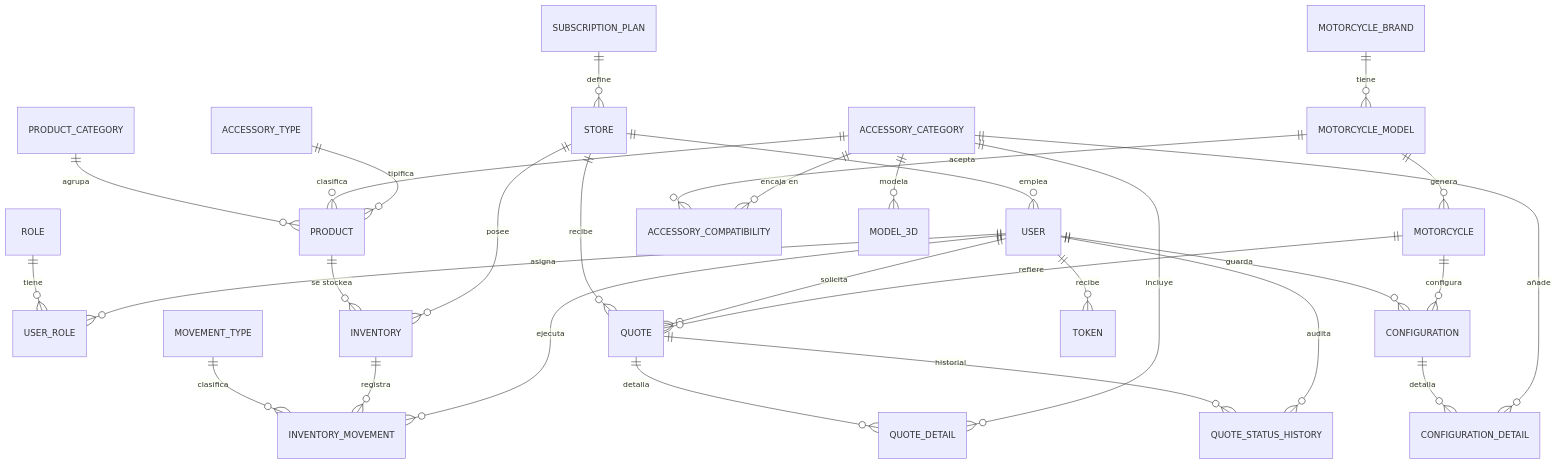
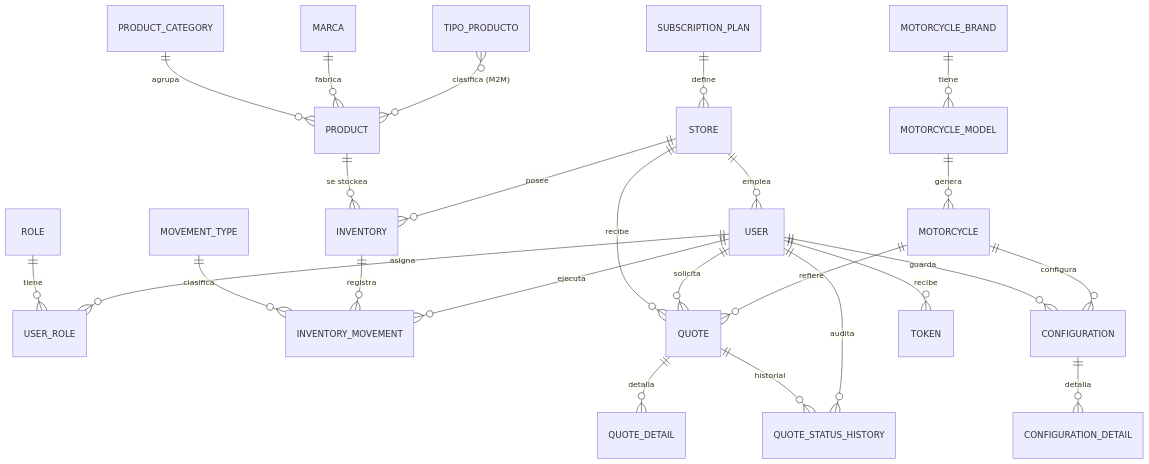
One commit to Alexhumme/motoPreview changed the diagram in documentacion/03-modelo-datos.md. Above: the diagram before and after it, drawn with Mermaid. The commit also changed other lines of this file and 8 other files, not shown here.

First line of the commit message:
feat: CRUDs admin (Marca, TipoProducto) + vista detalle con marca/tipos + docs actualizadas

````diff
--- a/documentacion/03-modelo-datos.md
+++ b/documentacion/03-modelo-datos.md
@@ -15,32 +15,27 @@
 ```mermaid
 erDiagram
     ROLE ||--o{ USER_ROLE : "tiene"
     USER ||--o{ USER_ROLE : "asigna"
     STORE ||--o{ USER : "emplea"
     SUBSCRIPTION_PLAN ||--o{ STORE : "define"
     PRODUCT_CATEGORY ||--o{ PRODUCT : "agrupa"
-    ACCESSORY_CATEGORY ||--o{ PRODUCT : "clasifica"
-    ACCESSORY_TYPE ||--o{ PRODUCT : "tipifica"
+    MARCA ||--o{ PRODUCT : "fabrica"
+    TIPO_PRODUCTO }o--o{ PRODUCT : "clasifica (M2M)"
     PRODUCT ||--o{ INVENTORY : "se stockea"
     STORE ||--o{ INVENTORY : "posee"
     MOTORCYCLE_BRAND ||--o{ MOTORCYCLE_MODEL : "tiene"
     MOTORCYCLE_MODEL ||--o{ MOTORCYCLE : "genera"
-    MOTORCYCLE_MODEL ||--o{ ACCESSORY_COMPATIBILITY : "acepta"
-    ACCESSORY_CATEGORY ||--o{ ACCESSORY_COMPATIBILITY : "encaja en"
-    ACCESSORY_CATEGORY ||--o{ MODEL_3D : "modela"
     MOVEMENT_TYPE ||--o{ INVENTORY_MOVEMENT : "clasifica"
     INVENTORY ||--o{ INVENTORY_MOVEMENT : "registra"
     USER ||--o{ INVENTORY_MOVEMENT : "ejecuta"
     STORE ||--o{ QUOTE : "recibe"
     USER ||--o{ QUOTE : "solicita"
     MOTORCYCLE ||--o{ QUOTE : "refiere"
     QUOTE ||--o{ QUOTE_DETAIL : "detalla"
-    ACCESSORY_CATEGORY ||--o{ QUOTE_DETAIL : "incluye"
     QUOTE ||--o{ QUOTE_STATUS_HISTORY : "historial"
     USER ||--o{ QUOTE_STATUS_HISTORY : "audita"
     USER ||--o{ CONFIGURATION : "guarda"
     MOTORCYCLE ||--o{ CONFIGURATION : "configura"
     CONFIGURATION ||--o{ CONFIGURATION_DETAIL : "detalla"
-    ACCESSORY_CATEGORY ||--o{ CONFIGURATION_DETAIL : "añade"
     USER ||--o{ TOKEN : "recibe"
 ```
````
